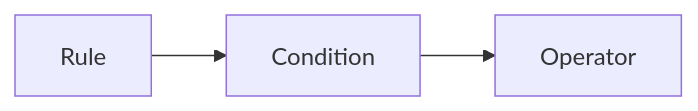
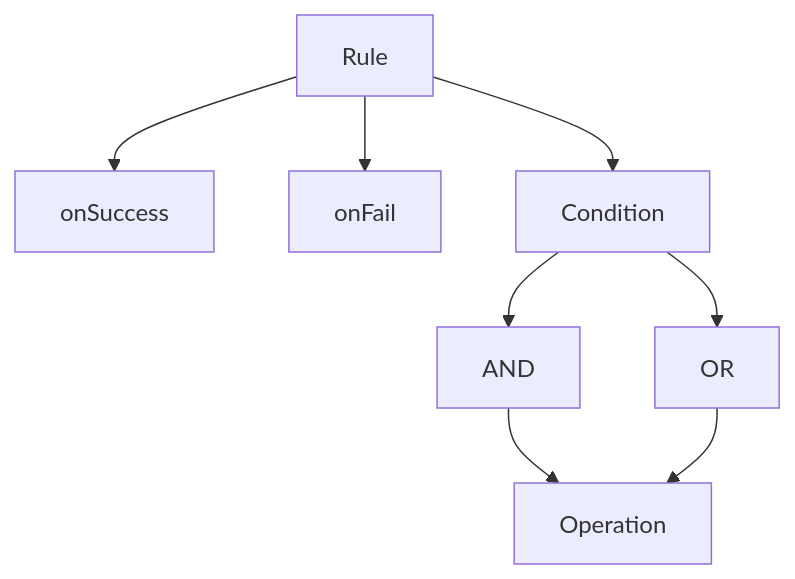
One commit to Arunkumarcs/rule-engine changed the diagram in readme.md. Above: the diagram before and after it, drawn with Mermaid. The commit also changed other lines of this file and 18 other files, not shown here.

````diff
--- a/readme.md
+++ b/readme.md
@@ -125,4 +99,7 @@
 ```mermaid
-flowchart LR
-    Rule --> Condition --> Operator
+flowchart TB
+    Rule --> onSuccess
+    Rule --> onFail
+    Rule --> Condition --> AND --> Operation
+    Condition --> OR --> Operation
 ```
````
